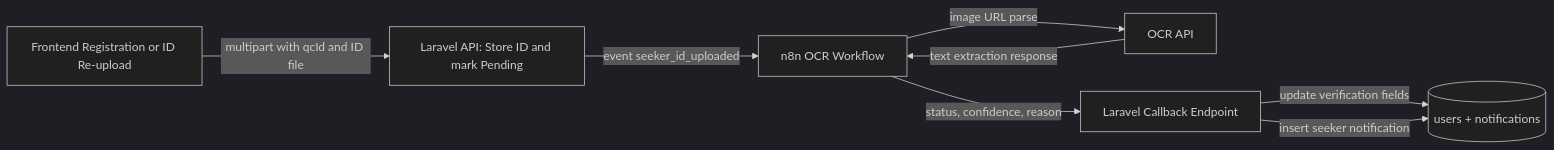
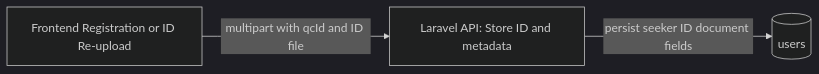
One commit to Jeperlyn/cityjoblink changed the third of 3 diagrams in CITYJOBLINK_2_WORKFLOW_DOCUMENTATION.md. Above: the diagram before and after it, drawn with Mermaid (dark theme). The commit also changed other lines of this file and 16 other files, not shown here.

````diff
--- a/CITYJOBLINK_2_WORKFLOW_DOCUMENTATION.md
+++ b/CITYJOBLINK_2_WORKFLOW_DOCUMENTATION.md
@@ -208,17 +205,9 @@
 ```mermaid
 flowchart LR
   FE[Frontend Registration or ID Re-upload]
-  API1[Laravel API: Store ID and mark Pending]
-  N8N[n8n OCR Workflow]
-  OCR[OCR API]
-  API2[Laravel Callback Endpoint]
-  DB[(users + notifications)]
+  API1[Laravel API: Store ID and metadata]
+  DB[(users)]
 
   FE -->|multipart with qcId and ID file| API1
-  API1 -->|event seeker_id_uploaded| N8N
-  N8N -->|image URL parse| OCR
-  OCR -->|text extraction response| N8N
-  N8N -->|status, confidence, reason| API2
-  API2 -->|update verification fields| DB
-  API2 -->|insert seeker notification| DB
+  API1 -->|persist seeker ID document fields| DB
 ```
````
